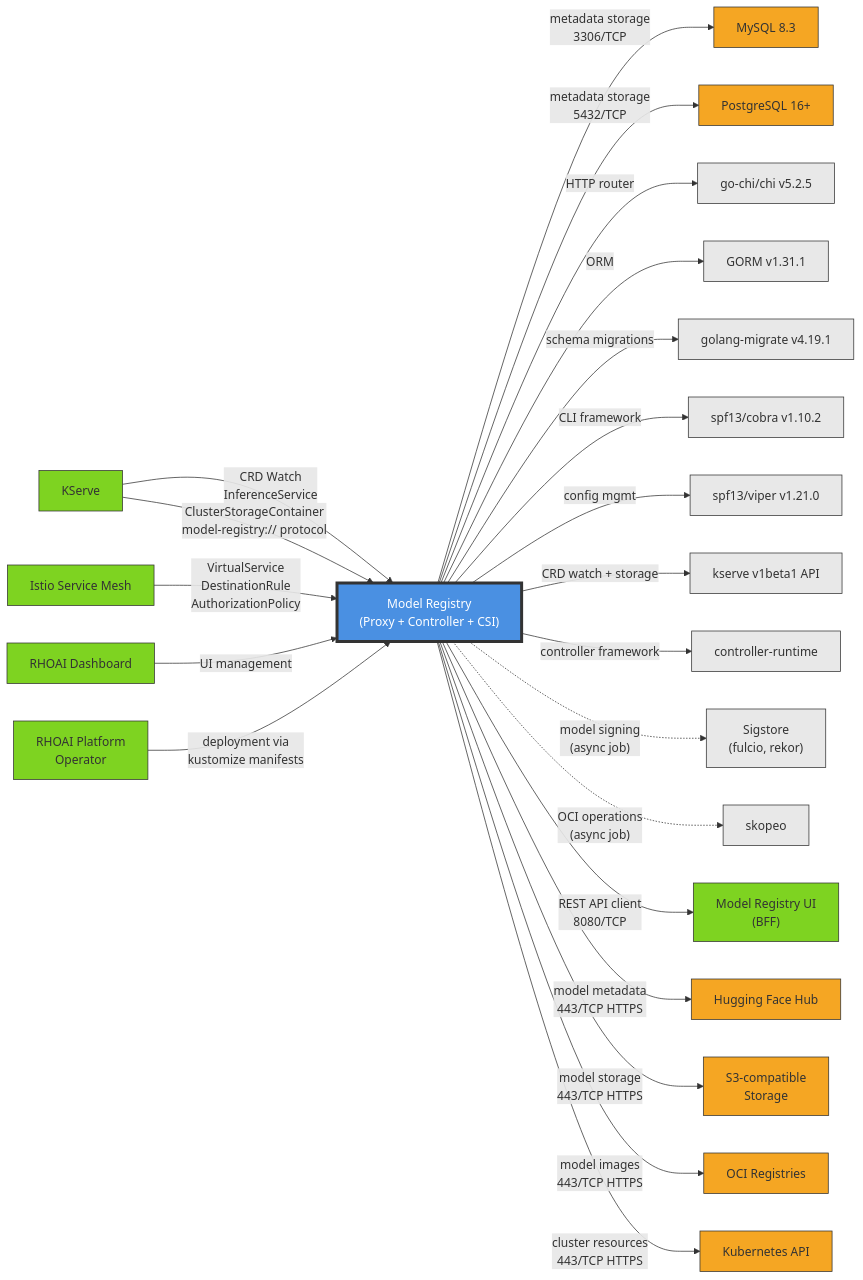
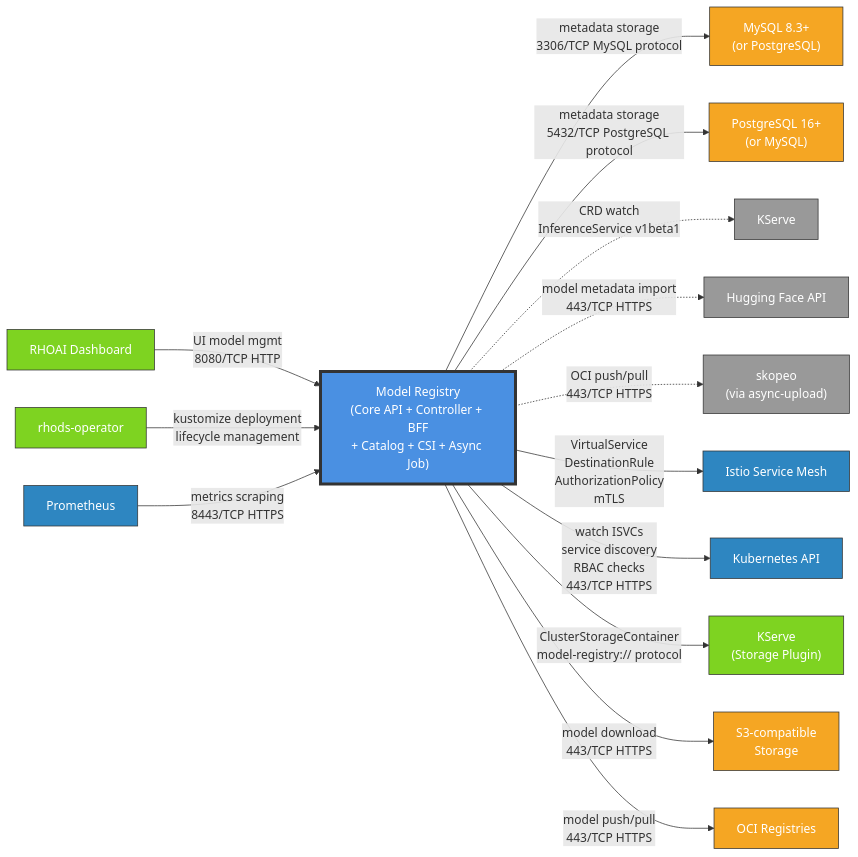
The diagram in architecture/rhoai.next/diagrams/model-registry-dependencies.mmd (rhuss/architecture-context), drawn with Mermaid before and after one commit. The commit also changed 944 other files, not shown here.

```diff
--- a/architecture/rhoai.next/diagrams/model-registry-dependencies.mmd
+++ b/architecture/rhoai.next/diagrams/model-registry-dependencies.mmd
@@ -1,54 +1,53 @@
 graph LR
-    MR["Model Registry<br/>(Proxy + Controller + CSI)"]
+    MR["Model Registry<br/>(Core API + Controller + BFF<br/>+ Catalog + CSI + Async Job)"]
 
-    %% External Dependencies
-    MR -->|"metadata storage<br/>3306/TCP"| MySQL["MySQL 8.3"]
-    MR -->|"metadata storage<br/>5432/TCP"| PostgreSQL["PostgreSQL 16+"]
-    MR -->|"HTTP router"| GoChi["go-chi/chi v5.2.5"]
-    MR -->|"ORM"| GORM["GORM v1.31.1"]
-    MR -->|"schema migrations"| GoMigrate["golang-migrate v4.19.1"]
-    MR -->|"CLI framework"| Cobra["spf13/cobra v1.10.2"]
-    MR -->|"config mgmt"| Viper["spf13/viper v1.21.0"]
-    MR -->|"CRD watch + storage"| KServeLib["kserve v1beta1 API"]
-    MR -->|"controller framework"| CtrlRuntime["controller-runtime"]
-    MR -.->|"model signing<br/>(async job)"| Sigstore["Sigstore<br/>(fulcio, rekor)"]
-    MR -.->|"OCI operations<br/>(async job)"| Skopeo["skopeo"]
+    %% External Dependencies (Required)
+    MR -->|"metadata storage<br/>3306/TCP MySQL protocol"| MySQL["MySQL 8.3+<br/>(or PostgreSQL)"]
+    MR -->|"metadata storage<br/>5432/TCP PostgreSQL protocol"| PostgreSQL["PostgreSQL 16+<br/>(or MySQL)"]
+
+    %% External Dependencies (Optional)
+    MR -.->|"CRD watch<br/>InferenceService v1beta1"| KServe["KServe"]
+    MR -.->|"model metadata import<br/>443/TCP HTTPS"| HuggingFace["Hugging Face API"]
+    MR -.->|"OCI push/pull<br/>443/TCP HTTPS"| Skopeo["skopeo<br/>(via async-upload)"]
+
+    %% Internal Platform Dependencies
+    MR -->|"VirtualService<br/>DestinationRule<br/>AuthorizationPolicy<br/>mTLS"| Istio["Istio Service Mesh"]
+    MR -->|"watch ISVCs<br/>service discovery<br/>RBAC checks<br/>443/TCP HTTPS"| K8sAPI["Kubernetes API"]
 
     %% Internal ODH Dependencies
-    KServe["KServe"] -->|"CRD Watch<br/>InferenceService"| MR
-    KServe -->|"ClusterStorageContainer<br/>model-registry:// protocol"| MR
-    Istio["Istio Service Mesh"] -->|"VirtualService<br/>DestinationRule<br/>AuthorizationPolicy"| MR
-    Dashboard["RHOAI Dashboard"] -->|"UI management"| MR
-    Operator["RHOAI Platform<br/>Operator"] -->|"deployment via<br/>kustomize manifests"| MR
+    MR -->|"ClusterStorageContainer<br/>model-registry:// protocol"| KServeSI["KServe<br/>(Storage Plugin)"]
 
-    %% Integration Points (consumers)
-    MR -->|"REST API client<br/>8080/TCP"| MRUI["Model Registry UI<br/>(BFF)"]
-    MR -->|"model metadata<br/>443/TCP HTTPS"| HFHub["Hugging Face Hub"]
+    %% Components that depend on Model Registry
+    Dashboard["RHOAI Dashboard"] -->|"UI model mgmt<br/>8080/TCP HTTP"| MR
+    Operator["rhods-operator"] -->|"kustomize deployment<br/>lifecycle management"| MR
+    Prometheus["Prometheus"] -->|"metrics scraping<br/>8443/TCP HTTPS"| MR
 
-    %% External Services
-    MR -->|"model storage<br/>443/TCP HTTPS"| S3["S3-compatible<br/>Storage"]
-    MR -->|"model images<br/>443/TCP HTTPS"| OCI["OCI Registries"]
-    MR -->|"cluster resources<br/>443/TCP HTTPS"| K8sAPI["Kubernetes API"]
+    %% External Services consumed
+    MR -->|"model download<br/>443/TCP HTTPS"| S3["S3-compatible<br/>Storage"]
+    MR -->|"model push/pull<br/>443/TCP HTTPS"| OCIRegistry["OCI Registries"]
 
     %% Styling
     style MR fill:#4a90e2,stroke:#333,stroke-width:4px,color:#fff
-    style MySQL fill:#f5a623,stroke:#333
-    style PostgreSQL fill:#f5a623,stroke:#333
-    style GoChi fill:#e8e8e8,stroke:#333
-    style GORM fill:#e8e8e8,stroke:#333
-    style GoMigrate fill:#e8e8e8,stroke:#333
-    style Cobra fill:#e8e8e8,stroke:#333
-    style Viper fill:#e8e8e8,stroke:#333
-    style KServeLib fill:#e8e8e8,stroke:#333
-    style CtrlRuntime fill:#e8e8e8,stroke:#333
-    style Sigstore fill:#e8e8e8,stroke:#333
-    style Skopeo fill:#e8e8e8,stroke:#333
-    style KServe fill:#7ed321,stroke:#333
-    style Istio fill:#7ed321,stroke:#333
-    style Dashboard fill:#7ed321,stroke:#333
-    style Operator fill:#7ed321,stroke:#333
-    style MRUI fill:#7ed321,stroke:#333
-    style HFHub fill:#f5a623,stroke:#333
-    style S3 fill:#f5a623,stroke:#333
-    style OCI fill:#f5a623,stroke:#333
-    style K8sAPI fill:#f5a623,stroke:#333
+
+    %% Required external
+    style MySQL fill:#f5a623,stroke:#333,color:#fff
+    style PostgreSQL fill:#f5a623,stroke:#333,color:#fff
+
+    %% Optional external
+    style KServe fill:#999,stroke:#333,color:#fff
+    style HuggingFace fill:#999,stroke:#333,color:#fff
+    style Skopeo fill:#999,stroke:#333,color:#fff
+
+    %% Internal platform
+    style Istio fill:#2e86c1,stroke:#333,color:#fff
+    style K8sAPI fill:#2e86c1,stroke:#333,color:#fff
+
+    %% Internal ODH
+    style KServeSI fill:#7ed321,stroke:#333,color:#fff
+    style Dashboard fill:#7ed321,stroke:#333,color:#fff
+    style Operator fill:#7ed321,stroke:#333,color:#fff
+    style Prometheus fill:#2e86c1,stroke:#333,color:#fff
+
+    %% External services
+    style S3 fill:#f5a623,stroke:#333,color:#fff
+    style OCIRegistry fill:#f5a623,stroke:#333,color:#fff
```
